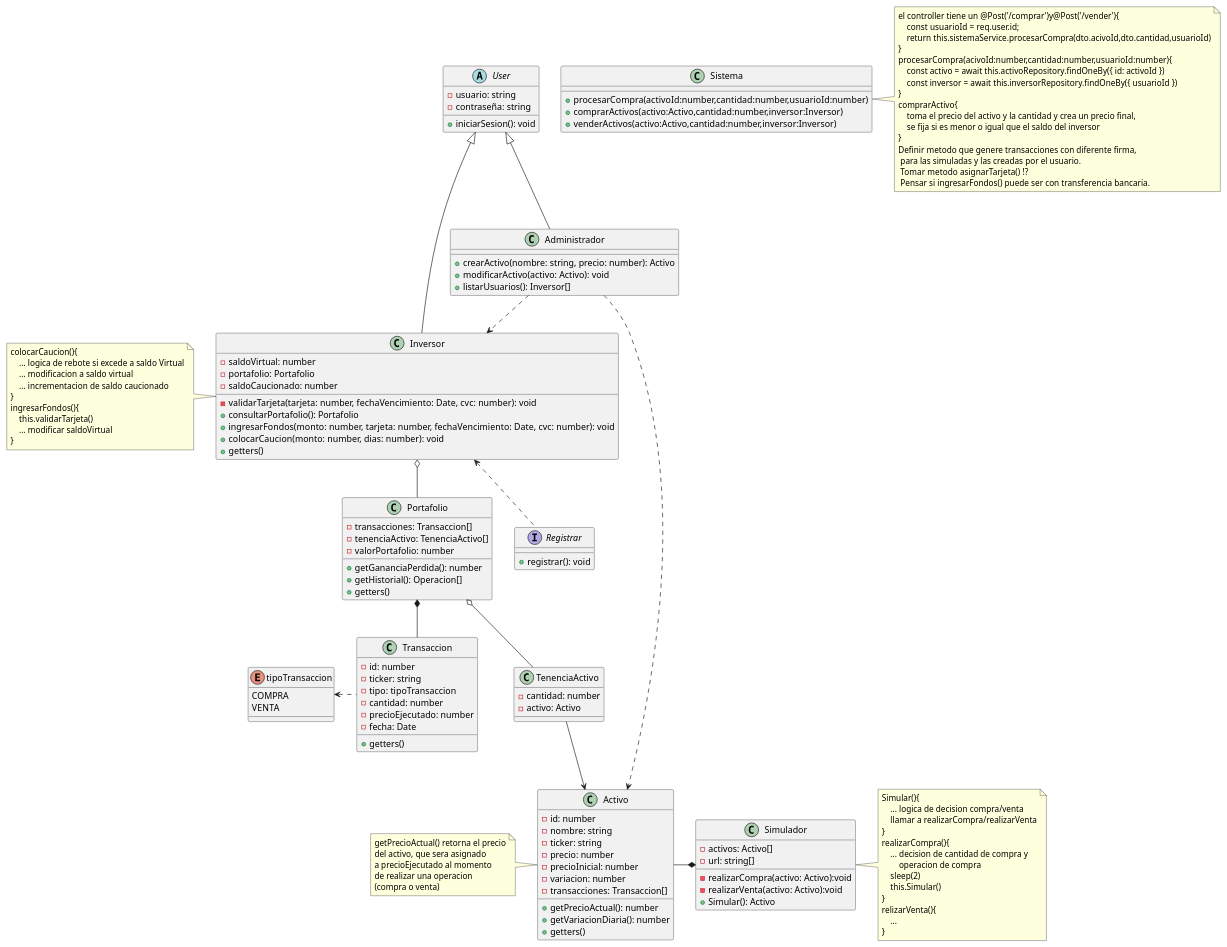
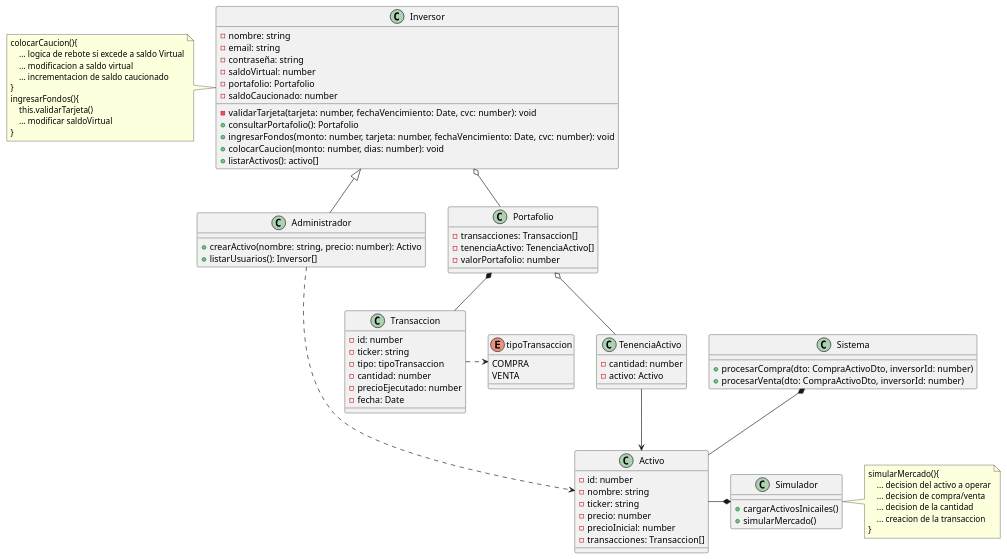
The diagram in diagramas/diagrama_de_clases.puml (Nash-Blip/Simulador-de-Inversiones), drawn with PlantUML before and after one commit.

Commit message:
actualización diagrama de clases

```diff
--- a/diagramas/diagrama_de_clases.puml
+++ b/diagramas/diagrama_de_clases.puml
@@ -1,157 +1,98 @@
 @startuml name diagrama de clases
 
 enum tipoTransaccion{
     COMPRA
     VENTA
 }
 
-abstract class User{
-    - usuario: string
+class Inversor{
+    - nombre: string
+    - email: string
     - contraseña: string
-    + iniciarSesion(): void
-}
-
-interface Registrar{
-    + registrar(): void
-}
-
-class Inversor extends User{
     - saldoVirtual: number
     - portafolio: Portafolio
     - saldoCaucionado: number
 
     - validarTarjeta(tarjeta: number, fechaVencimiento: Date, cvc: number): void
-    ' + comprarActivos(activo: Activo, cantidad: number): void
-    ' + venderActivos(activo: Activo, cantidad: number): void
     + consultarPortafolio(): Portafolio
     + ingresarFondos(monto: number, tarjeta: number, fechaVencimiento: Date, cvc: number): void
     + colocarCaucion(monto: number, dias: number): void
-    + getters()
+    + listarActivos(): activo[]
 }
 
-class Administrador extends User{
+class Administrador extends Inversor{
     + crearActivo(nombre: string, precio: number): Activo
-    + modificarActivo(activo: Activo): void
     + listarUsuarios(): Inversor[]
 }
 
 class Portafolio{
     - transacciones: Transaccion[]
     - tenenciaActivo: TenenciaActivo[]
     - valorPortafolio: number
-
-    + getGananciaPerdida(): number
-    + getHistorial(): Operacion[]
-    + getters()
 }
 
 class TenenciaActivo{
     - cantidad: number
     - activo: Activo
-}
-
-class Activo{
-    - id: number
-    - nombre: string
-    - ticker: string
-    - precio: number
-    - precioInicial: number
-    - variacion: number
-    - transacciones: Transaccion[]
-    + getPrecioActual(): number
-    + getVariacionDiaria(): number
-    + getters()
 }
 
 class Transaccion{
     - id: number
     - ticker: string
     - tipo: tipoTransaccion
     - cantidad: number
     - precioEjecutado: number
     - fecha: Date
-    + getters()
+}
+
+class Activo{
+    - id: number
+    - nombre: string
+    - ticker: string
+    - precio: number
+    - precioInicial: number
+    - transacciones: Transaccion[]
 }
 
 class Simulador{
-    - activos: Activo[]
-    - url: string[]
-
-    - realizarCompra(activo: Activo):void
-    - realizarVenta(activo: Activo):void
-    + Simular(): Activo
+    + cargarActivosInicailes()
+    + simularMercado()
 }
 
 class Sistema{
-    + procesarCompra(activoId:number,cantidad:number,usuarioId:number)
-    + comprarActivos(activo:Activo,cantidad:number,inversor:Inversor)
-    + venderActivos(activo:Activo,cantidad:number,inversor:Inversor)
+    + procesarCompra(dto: CompraActivoDto, inversorId: number)
+    + procesarVenta(dto: CompraActivoDto, inversorId: number)
 }
 
 
-note right of Sistema
-    el controller tiene un @Post('/comprar')y@Post('/vender'){
-        const usuarioId = req.user.id;
-        return this.sistemaService.procesarCompra(dto.acivoId,dto.cantidad,usuarioId)
-    }
-    procesarCompra(acivoId:number,cantidad:number,usuarioId:number){
-        const activo = await this.activoRepository.findOneBy({ id: activoId })
-        const inversor = await this.inversorRepository.findOneBy({ usuarioId })
-    }
-    comprarActivo{
-        toma el precio del activo y la cantidad y crea un precio final,
-        se fija si es menor o igual que el saldo del inversor
-    }
-    Definir metodo que genere transacciones con diferente firma,
-     para las simuladas y las creadas por el usuario.
-     Tomar metodo asignarTarjeta() !?
-     Pensar si ingresarFondos() puede ser con transferencia bancaria.
-end note
-
-note left of Activo
-    getPrecioActual() retorna el precio
-    del activo, que sera asignado
-    a precioEjecutado al momento
-    de realizar una operacion
-    (compra o venta)
-end note
-
 note right of Simulador 
-    Simular(){
-        ... logica de decision compra/venta
-        llamar a realizarCompra/realizarVenta
-    }
-    realizarCompra(){
-        ... decision de cantidad de compra y 
-            operacion de compra
-        sleep(2)
-        this.Simular()
-    }
-    relizarVenta(){
-        ...
+    simularMercado(){
+        ... decision del activo a operar
+        ... decision de compra/venta
+        ... decision de la cantidad
+        ... creacion de la transaccion 
     }
 end note
 
 note left of Inversor 
     colocarCaucion(){
         ... logica de rebote si excede a saldo Virtual
         ... modificacion a saldo virtual
         ... incrementacion de saldo caucionado
     }
     ingresarFondos(){
         this.validarTarjeta()
         ... modificar saldoVirtual
     }
 end note
 
 Inversor o-- Portafolio 
 Portafolio *-- Transaccion
-Transaccion .l.> tipoTransaccion
+Transaccion .r.> tipoTransaccion
 Administrador ..> Activo
 Portafolio o-- TenenciaActivo
 TenenciaActivo --> Activo
-Administrador ..> Inversor
-Registrar .u.> Inversor
 Simulador *-l- Activo
+Sistema *-d- Activo
 
 @enduml
```
